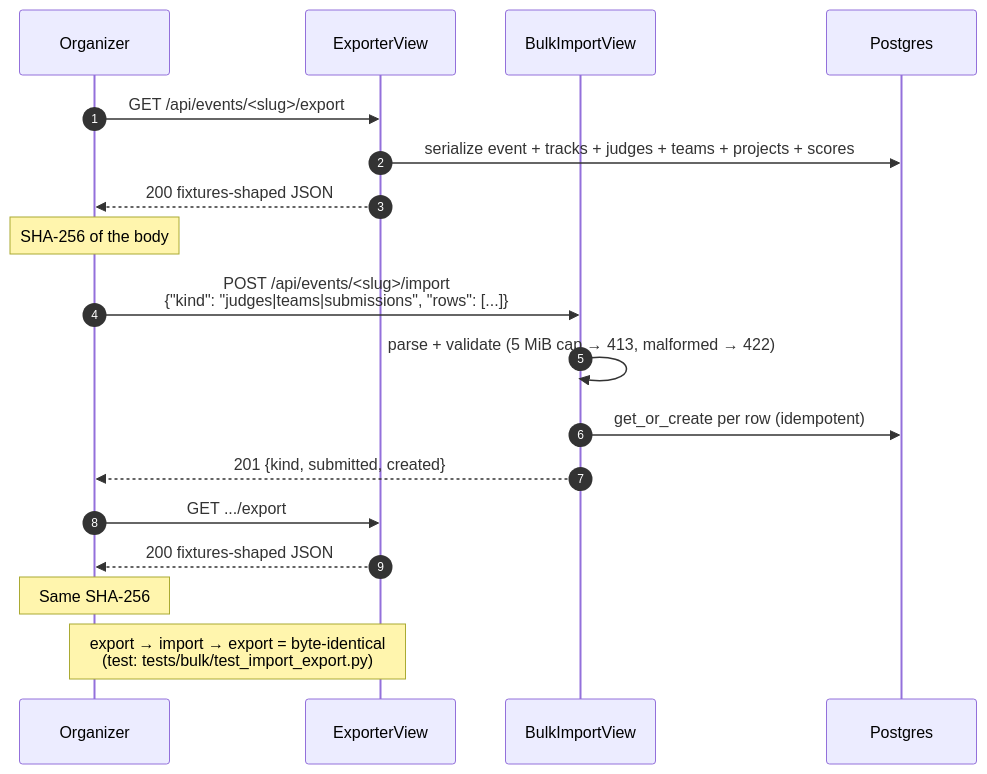
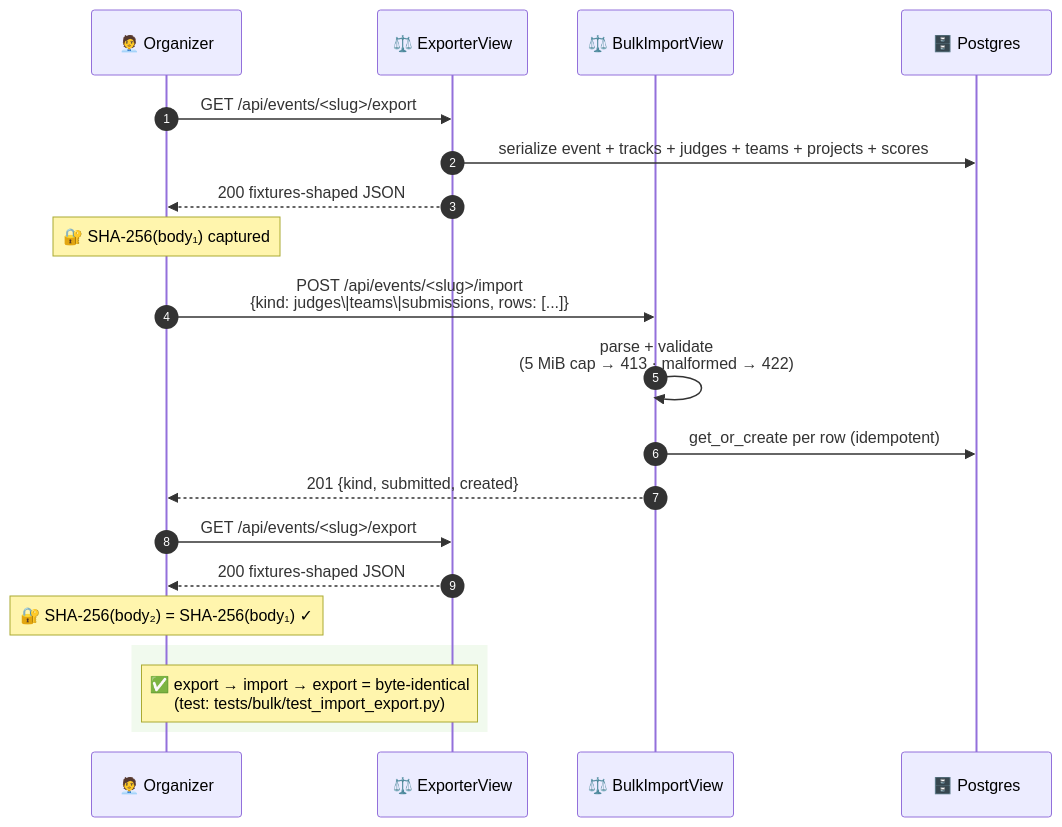
Before and after one commit to choksi2212/dogfood-hackathon: the sixth of 10 diagrams in README.md, drawn with Mermaid. The commit also changed other lines of this file, not shown here.

First line of the commit message:
README: rebuild diagrams — landscape architecture + light themed palette

````diff
--- a/README.md
+++ b/README.md
@@ -274,21 +309,26 @@
 ```mermaid
 sequenceDiagram
     autonumber
-    participant O as Organizer
-    participant E as ExporterView
-    participant I as BulkImportView
-    participant DB as Postgres
+    participant O as 🧑‍💼 Organizer
+    participant E as ⚖️ ExporterView
+    participant I as ⚖️ BulkImportView
+    participant DB as 🗄️ Postgres
 
     O->>E: GET /api/events/<slug>/export
     E->>DB: serialize event + tracks + judges + teams + projects + scores
     E-->>O: 200 fixtures-shaped JSON
-    Note over O: SHA-256 of the body
-    O->>I: POST /api/events/<slug>/import<br/>{"kind": "judges|teams|submissions", "rows": [...]}
-    I->>I: parse + validate (5 MiB cap → 413, malformed → 422)
+    Note over O: 🔐 SHA-256(body₁) captured
+
+    O->>I: POST /api/events/<slug>/import<br/>{kind: judges\|teams\|submissions, rows: [...]}
+    I->>I: parse + validate<br/>(5 MiB cap → 413 · malformed → 422)
     I->>DB: get_or_create per row (idempotent)
     I-->>O: 201 {kind, submitted, created}
-    O->>E: GET .../export
+
+    O->>E: GET /api/events/<slug>/export
     E-->>O: 200 fixtures-shaped JSON
-    Note over O: Same SHA-256
-    Note over O,E: export → import → export = byte-identical<br/>(test: tests/bulk/test_import_export.py)
+    Note over O: 🔐 SHA-256(body₂) = SHA-256(body₁) ✓
+
+    rect rgb(241, 250, 238)
+    Note over O,E: ✅ export → import → export = byte-identical<br/>(test: tests/bulk/test_import_export.py)
+    end
 ```
````
